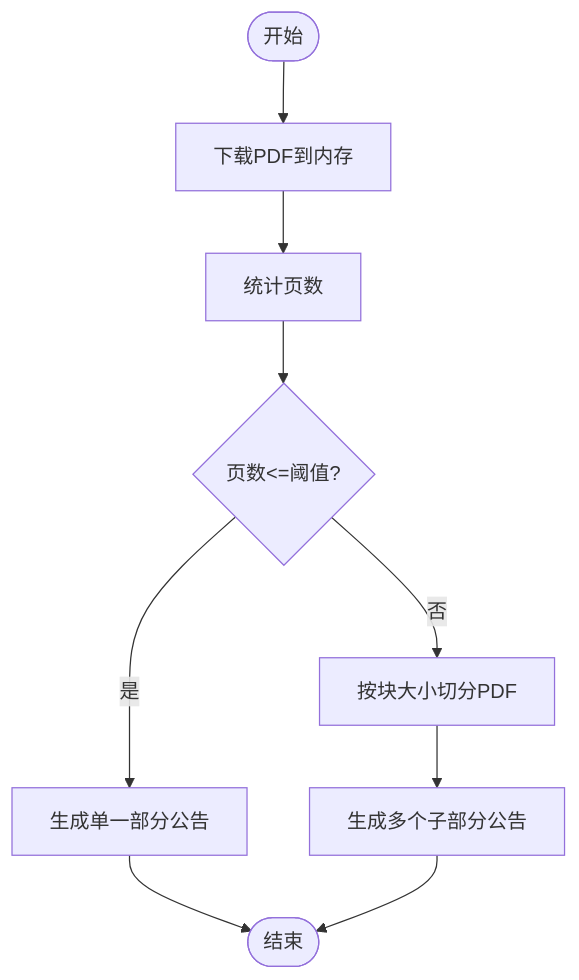
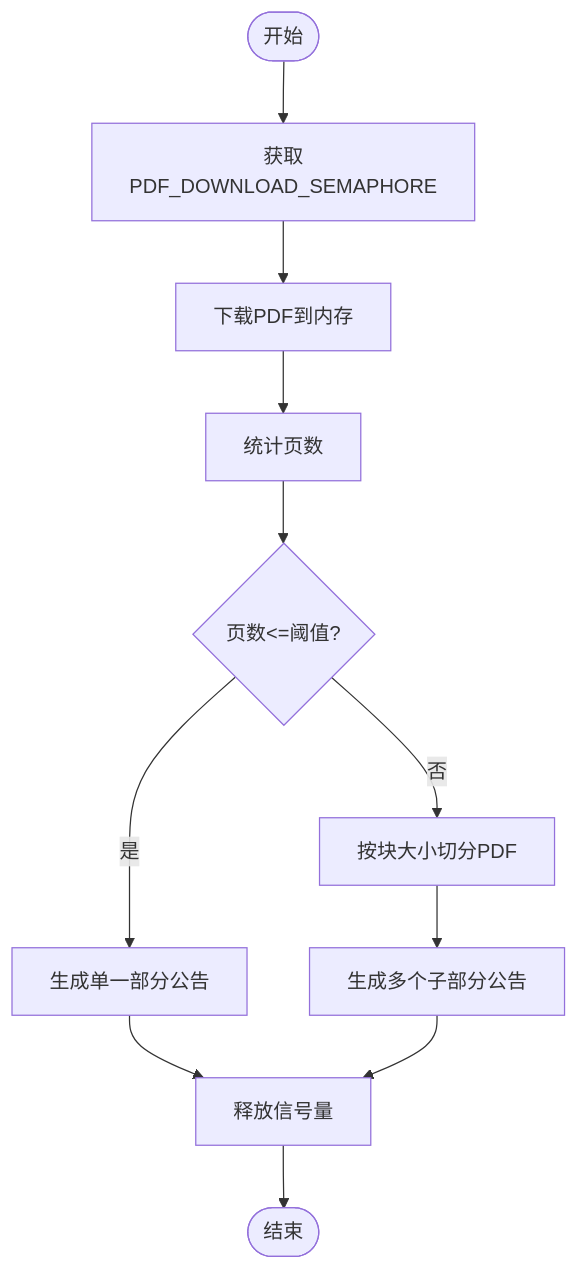
One commit to iverwong/DataLife changed the sixth of 10 diagrams in .qoder/repowiki/zh/content/性能优化/并发处理优化.md. Above: the diagram before and after it, drawn with Mermaid. The commit also changed other lines of this file and 14 other files, not shown here.

````diff
--- a/.qoder/repowiki/zh/content/性能优化/并发处理优化.md
+++ b/.qoder/repowiki/zh/content/性能优化/并发处理优化.md
@@ -221,11 +272,13 @@
 ```mermaid
 flowchart TD
-S(["开始"]) --> Download["下载PDF到内存"]
+S(["开始"]) --> GetSemaphore["获取PDF_DOWNLOAD_SEMAPHORE"]
+GetSemaphore --> Download["下载PDF到内存"]
 Download --> Count["统计页数"]
 Count --> Check{"页数<=阈值?"}
 Check --> |是| OnePart["生成单一部分公告"]
 Check --> |否| Split["按块大小切分PDF"]
 Split --> Parts["生成多个子部分公告"]
-OnePart --> Done(["结束"])
-Parts --> Done
+OnePart --> Release["释放信号量"]
+Parts --> Release
+Release --> Done(["结束"])
 ```
````
